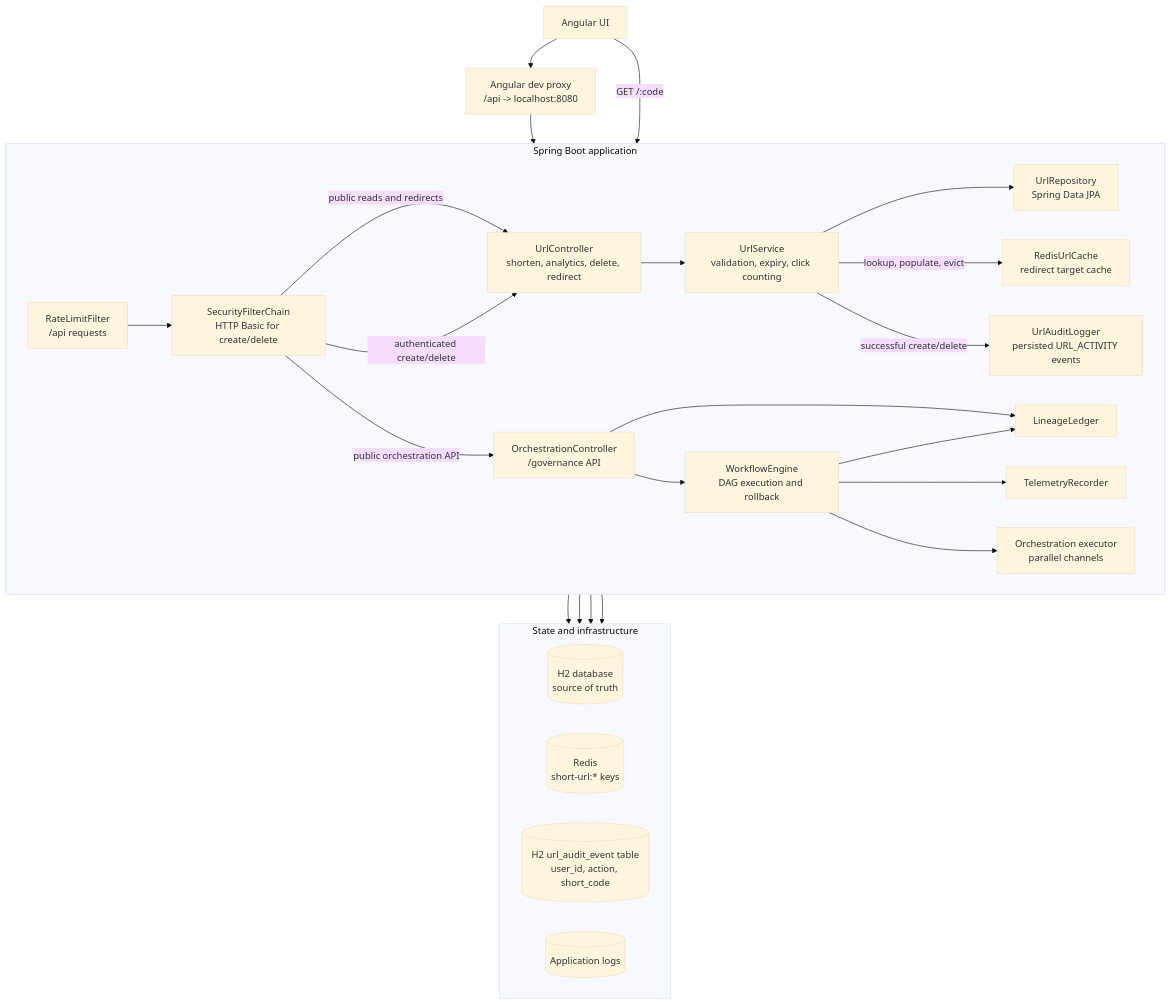
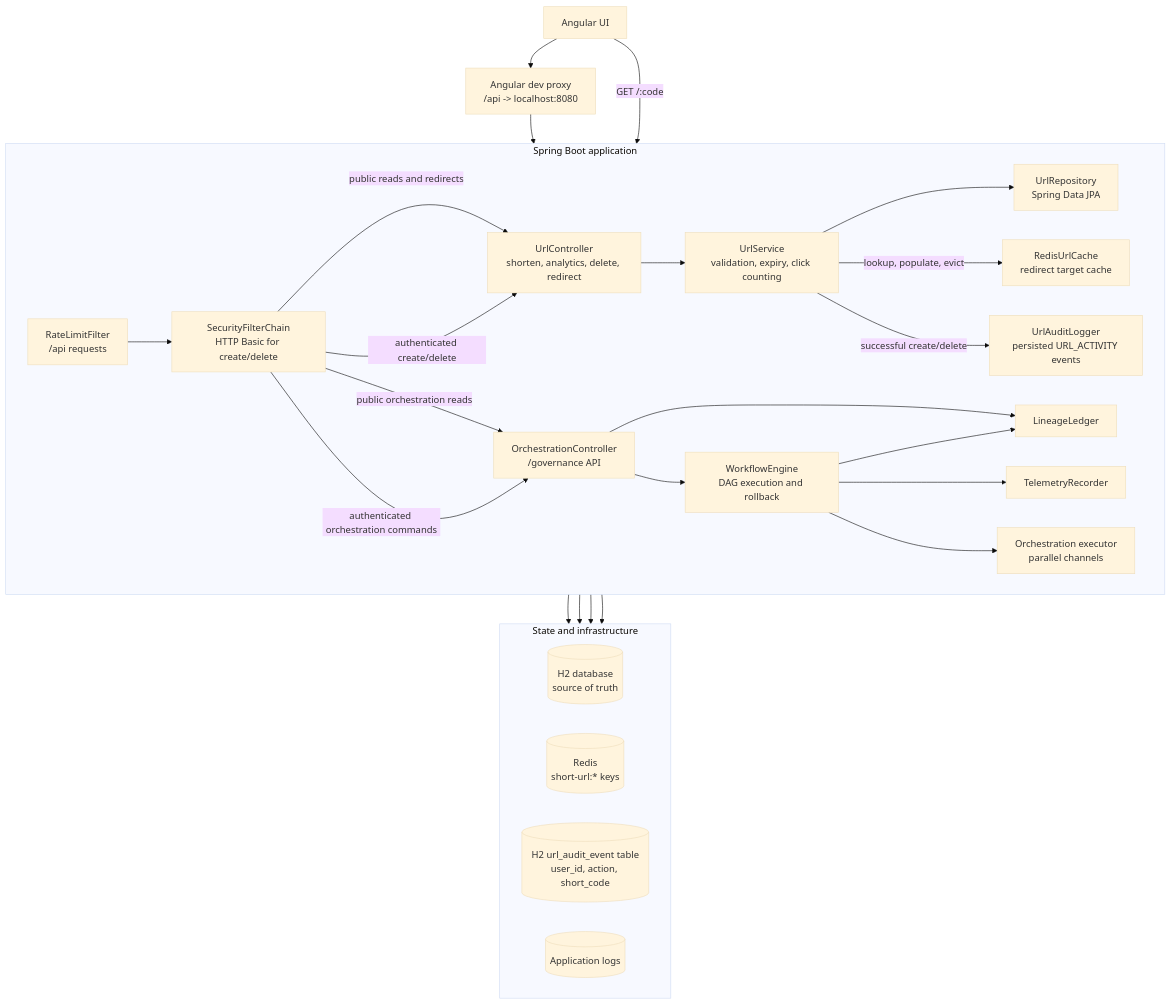
Before and after one commit to sbaranga/AI_UrlShortener: the diagram in url-shortener/README.md, drawn with Mermaid (base theme). The commit also changed other lines of this file and 6 other files, not shown here.

````diff
--- a/url-shortener/README.md
+++ b/url-shortener/README.md
@@ -21,52 +21,53 @@
 ```mermaid
 flowchart TB
   browser[Angular UI]
   proxy[Angular dev proxy<br/>/api -> localhost:8080]
 
   subgraph app[Spring Boot application]
     direction LR
     limiter[RateLimitFilter<br/>/api requests]
     security[SecurityFilterChain<br/>HTTP Basic for create/delete]
     urlController[UrlController<br/>shorten, analytics, delete, redirect]
     orchestrationController[OrchestrationController<br/>/governance API]
     urlService[UrlService<br/>validation, expiry, click counting]
     workflow[WorkflowEngine<br/>DAG execution and rollback]
     repository[UrlRepository<br/>Spring Data JPA]
     cache[RedisUrlCache<br/>redirect target cache]
     audit[UrlAuditLogger<br/>persisted URL_ACTIVITY events]
     ledger[LineageLedger]
     telemetry[TelemetryRecorder]
     executor[Orchestration executor<br/>parallel channels]
   end
 
   subgraph data[State and infrastructure]
     direction LR
     h2[(H2 database<br/>source of truth)]
     redis[(Redis<br/>short-url:* keys)]
     auditTable[(H2 url_audit_event table<br/>user_id, action, short_code)]
     logs[(Application logs)]
   end
 
   browser --> proxy
   proxy --> limiter
   limiter --> security
   browser -->|GET /:code| urlController
   security -->|public reads and redirects| urlController
   security -->|authenticated create/delete| urlController
-  security -->|public orchestration API| orchestrationController
+  security -->|public orchestration reads| orchestrationController
+  security -->|authenticated orchestration commands| orchestrationController
 
   urlController --> urlService
   urlService --> repository
   repository --> h2
   urlService -->|lookup, populate, evict| cache
   cache --> redis
   urlService -->|successful create/delete| audit
   audit --> auditTable
   audit --> logs
 
   orchestrationController --> workflow
   orchestrationController --> ledger
   workflow --> ledger
   workflow --> telemetry
   workflow --> executor
 ```
````
